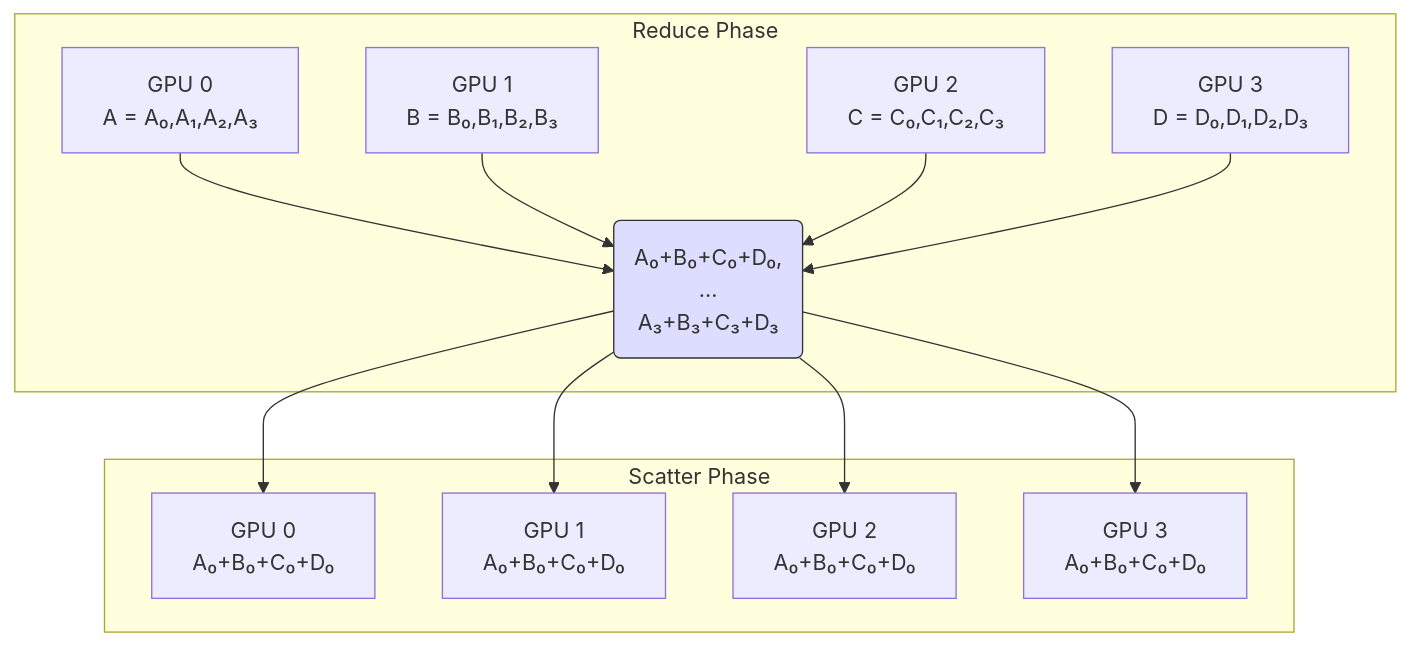
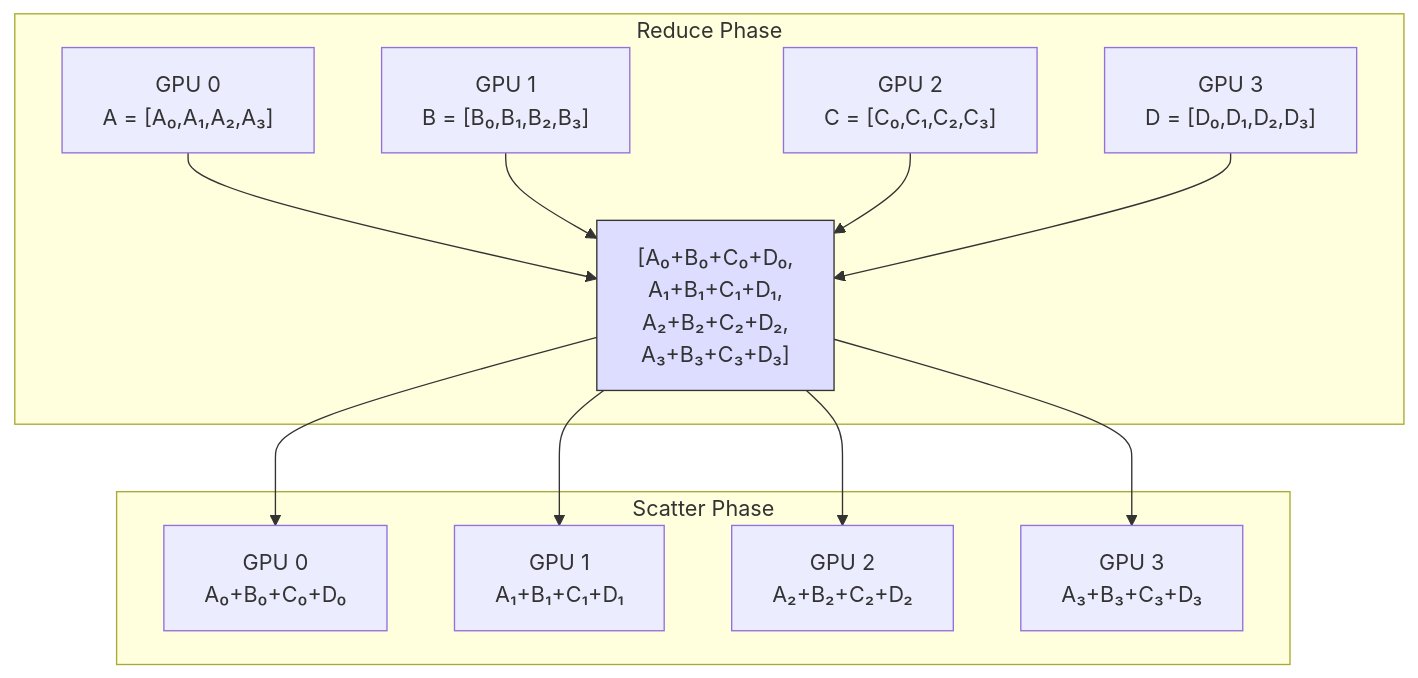
The sixth of 8 diagrams in doc/分布式集合通信和通信原语.md (jianzhnie/ScaleTorch), drawn with Mermaid before and after one commit. The commit also changed other lines of this file and 8 other files, not shown here.

````diff
--- a/doc/分布式集合通信和通信原语.md
+++ b/doc/分布式集合通信和通信原语.md
@@ -165,16 +164,16 @@
 ```mermaid
 graph TD
     subgraph Reduce Phase
-        A[GPU 0 <br> A = A₀,A₁,A₂,A₃] --> R(A₀+B₀+C₀+D₀, <br> ... <br> A₃+B₃+C₃+D₃)
-        B[GPU 1 <br> B = B₀,B₁,B₂,B₃] --> R
-        C[GPU 2 <br> C = C₀,C₁,C₂,C₃] --> R
-        D[GPU 3 <br> D = D₀,D₁,D₂,D₃] --> R
+        A["GPU 0<br/>A = [A₀,A₁,A₂,A₃]"] --> R["[A₀+B₀+C₀+D₀,<br/>A₁+B₁+C₁+D₁,<br/>A₂+B₂+C₂+D₂,<br/>A₃+B₃+C₃+D₃]"]
+        B["GPU 1<br/>B = [B₀,B₁,B₂,B₃]"] --> R
+        C["GPU 2<br/>C = [C₀,C₁,C₂,C₃]"] --> R
+        D["GPU 3<br/>D = [D₀,D₁,D₂,D₃]"] --> R
     end
     subgraph Scatter Phase
-        R --> E[GPU 0 <br> A₀+B₀+C₀+D₀]
-        R --> F[GPU 1 <br> A₀+B₀+C₀+D₀]
-        R --> G[GPU 2 <br> A₀+B₀+C₀+D₀]
-        R --> H[GPU 3 <br> A₀+B₀+C₀+D₀]
+        R --> E["GPU 0<br/>A₀+B₀+C₀+D₀"]
+        R --> F["GPU 1<br/>A₁+B₁+C₁+D₁"]
+        R --> G["GPU 2<br/>A₂+B₂+C₂+D₂"]
+        R --> H["GPU 3<br/>A₃+B₃+C₃+D₃"]
     end
     style R fill:#ddf,stroke:#333
 ```
````
